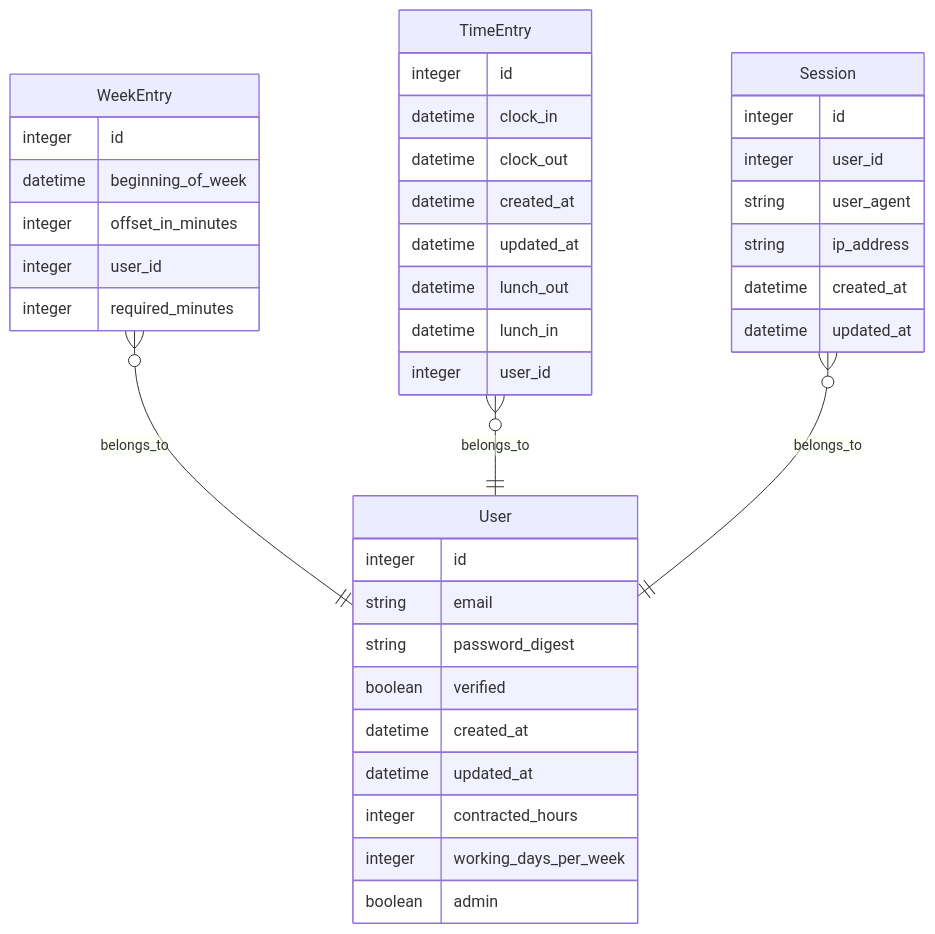
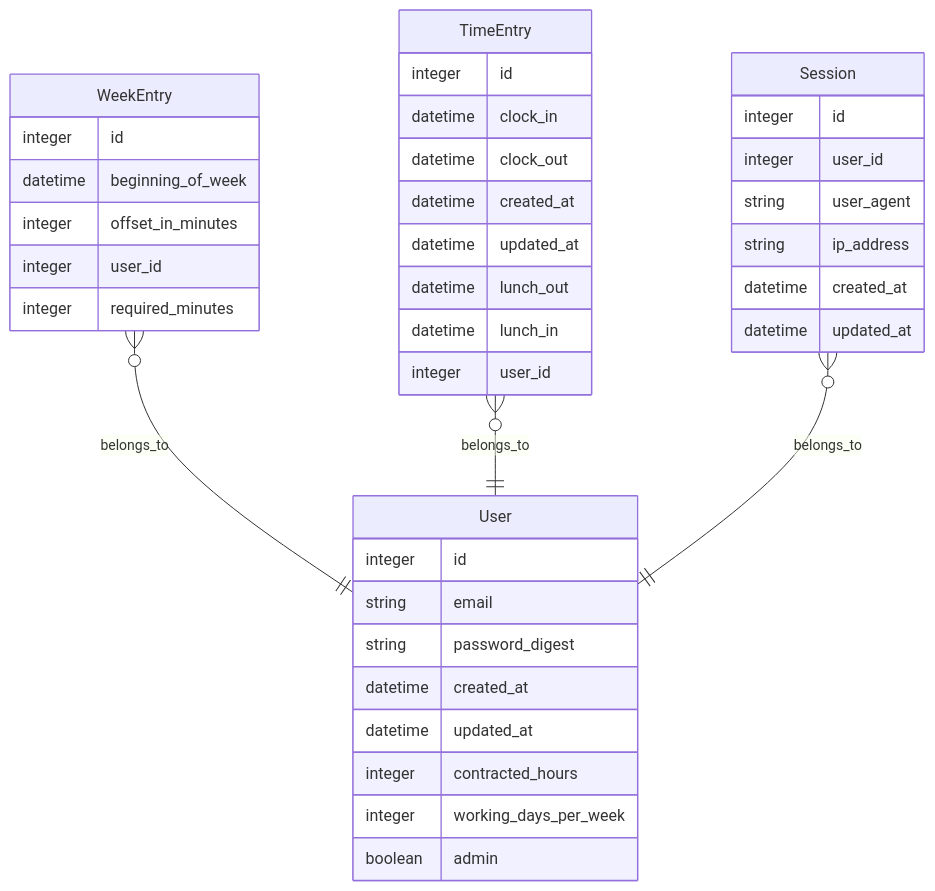
Before and after one commit to avinhurry/flexitime: the diagram in documentation/domain-model.md, drawn with Mermaid. The commit also changed 33 other files, not shown here.

````diff
--- a/documentation/domain-model.md
+++ b/documentation/domain-model.md
@@ -1,42 +1,41 @@
 ```mermaid
 erDiagram
   WeekEntry {
     integer id
     datetime beginning_of_week
     integer offset_in_minutes
     integer user_id
     integer required_minutes
   }
   WeekEntry }o--|| User : belongs_to
   User {
     integer id
     string email
     string password_digest
-    boolean verified
     datetime created_at
     datetime updated_at
     integer contracted_hours
     integer working_days_per_week
     boolean admin
   }
   TimeEntry {
     integer id
     datetime clock_in
     datetime clock_out
     datetime created_at
     datetime updated_at
     datetime lunch_out
     datetime lunch_in
     integer user_id
   }
   TimeEntry }o--|| User : belongs_to
   Session {
     integer id
     integer user_id
     string user_agent
     string ip_address
     datetime created_at
     datetime updated_at
   }
   Session }o--|| User : belongs_to
 ```
````
